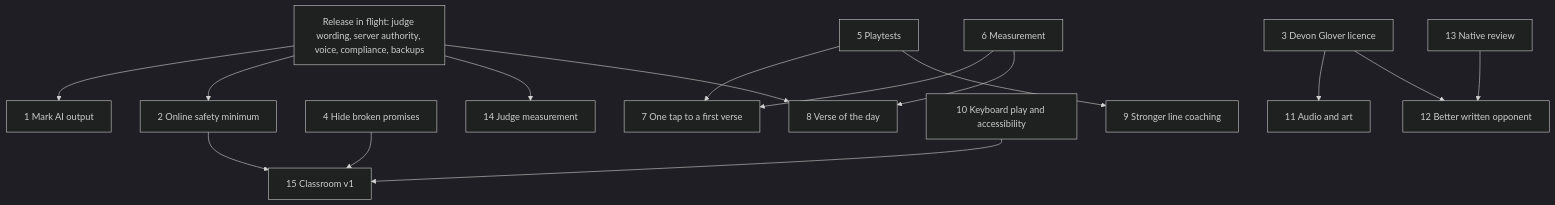
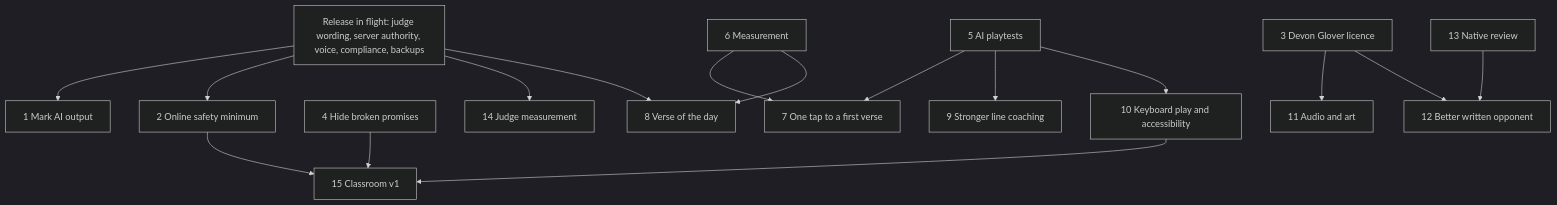
The second of 2 diagrams in docs/dossier/26-sota-gap-analysis.md (dcharlot65-personal/inspired-mile-web), drawn with Mermaid (dark theme) before and after one commit. The commit also changed other lines of this file and 1 other file, not shown here.

````diff
--- a/docs/dossier/26-sota-gap-analysis.md
+++ b/docs/dossier/26-sota-gap-analysis.md
@@ -684,33 +684,34 @@
 ```mermaid
 flowchart TD
   REL["Release in flight: judge wording, server authority, voice, compliance, backups"]
   N1["1 Mark AI output"]
   N2["2 Online safety minimum"]
   N3["3 Devon Glover licence"]
   N4["4 Hide broken promises"]
-  N5["5 Playtests"]
+  N5["5 AI playtests"]
   N6["6 Measurement"]
   N7["7 One tap to a first verse"]
   N8["8 Verse of the day"]
   N9["9 Stronger line coaching"]
   N10["10 Keyboard play and accessibility"]
   N11["11 Audio and art"]
   N12["12 Better written opponent"]
   N13["13 Native review"]
   N14["14 Judge measurement"]
   N15["15 Classroom v1"]
   REL --> N1
   REL --> N2
   REL --> N14
   REL --> N8
   N3 --> N11
   N3 --> N12
   N5 --> N7
   N5 --> N9
+  N5 --> N10
   N6 --> N7
   N6 --> N8
   N4 --> N15
   N2 --> N15
   N10 --> N15
   N13 --> N12
 ```
````
